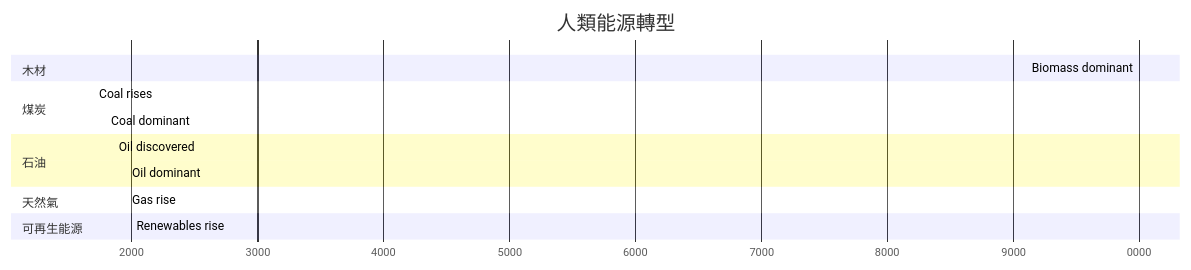
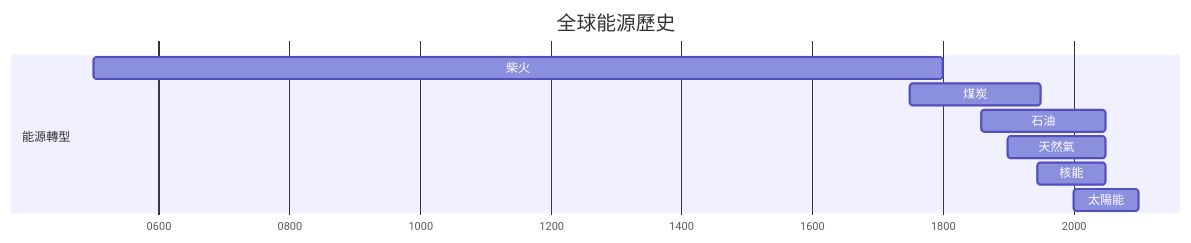
The first of 5 diagrams in 01_HKU_Courses/HIST2193_History_of_Energy.md (yip-lgtm/HKU-Harvard-History-Self-Study), drawn with Mermaid before and after one commit. The commit also changed other lines of this file and 7 other files, not shown here.

````diff
--- a/01_HKU_Courses/HIST2193_History_of_Energy.md
+++ b/01_HKU_Courses/HIST2193_History_of_Energy.md
@@ -63,18 +125,13 @@
 ```mermaid
 gantt
-    title 人類能源轉型
-    dateFormat YYYY
-    axisFormat %Y
-    section 木材
-    Biomass dominant    :a1, -10000, 12000年
-    section 煤炭
-    Coal rises        :a2, 1700, 250年
-    Coal dominant     :a3, 1800, 120年
-    section 石油
-    Oil discovered    :a4, 1859, 170年
-    Oil dominant      :a5, 1960, 70年
-    section 天然氣
-    Gas rise          :a6, 1960, 70年
-    section 可再生能源
-    Renewables rise   :a7, 2000, 40年
+    title 全球能源歷史
+    dateFormat  YYYY
+    axisFormat  %Y
+    section 能源轉型
+    柴火    :500, 1800
+    煤炭    :1750, 1950
+    石油    :1859, 2050
+    天然氣    :1900, 2050
+    核能    :1945, 2050
+    太陽能    :2000, 2100
 ```
````
